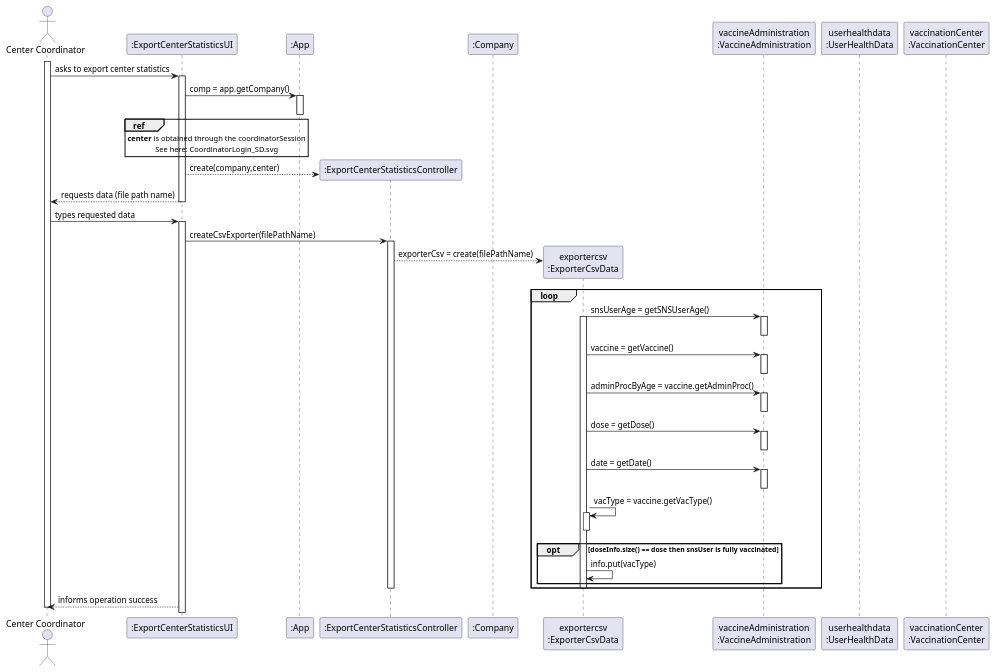
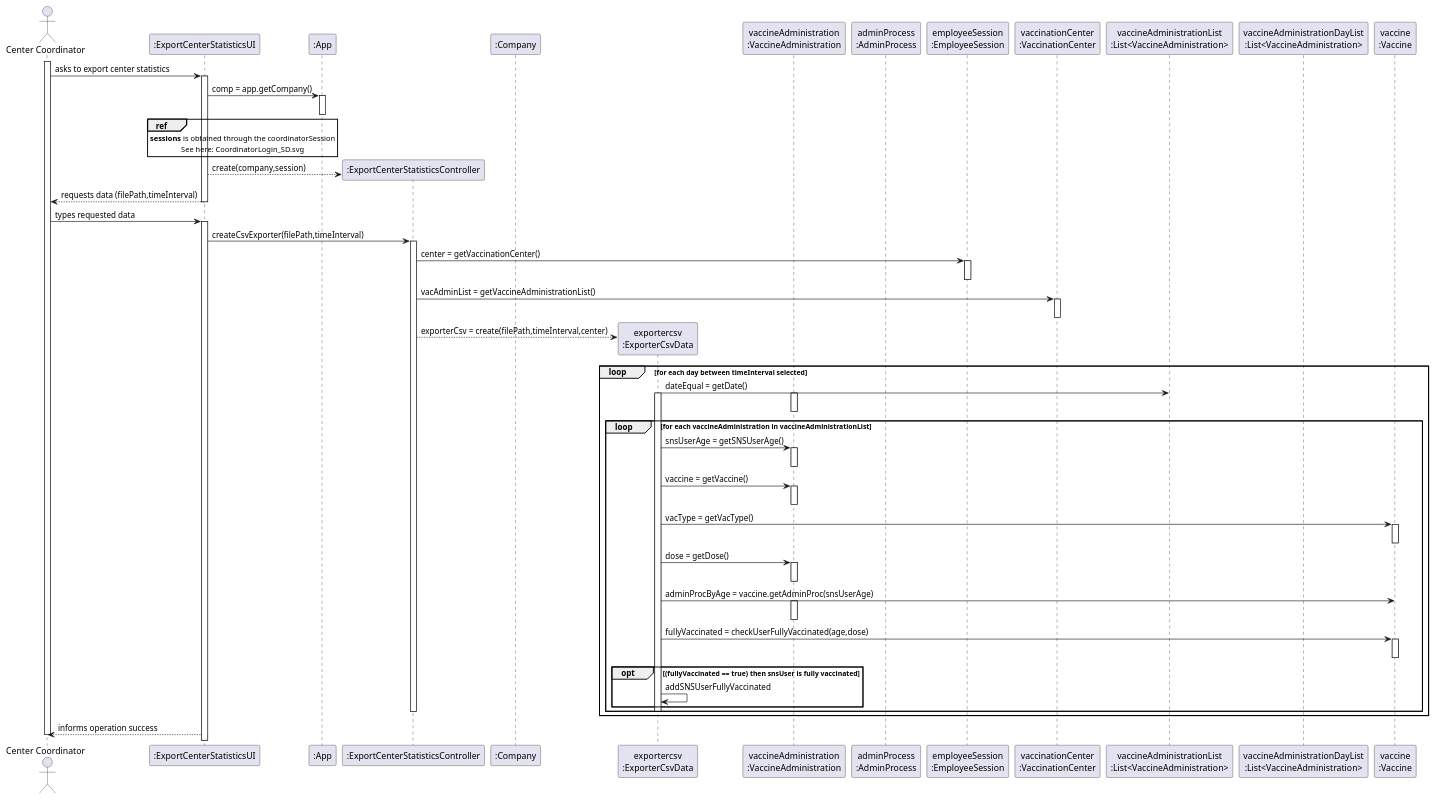
One commit to miseEnPlace-i/lapr2 changed the diagram in docs/SprintD/US15/SD/US15_SD.puml. Above: the diagram before and after it, drawn with PlantUML.

Commit message:
docs(US15): updated SD (added lists, employeeSession)

```diff
--- a/docs/SprintD/US15/SD/US15_SD.puml
+++ b/docs/SprintD/US15/SD/US15_SD.puml
@@ -1,78 +1,98 @@
 @startuml US15_SD
 
 actor "Center Coordinator" as COORDINATOR
 
 participant ":ExportCenterStatisticsUI" as UI
 participant ":App" as APP
 participant ":ExportCenterStatisticsController" as CTRL
 participant ":Company" as COMP
 participant "exportercsv\n:ExporterCsvData" as EXPORTER
 participant "vaccineAdministration\n:VaccineAdministration" as VACADMIN
-participant "userhealthdata\n:UserHealthData" as USERDATA
+participant "adminProcess\n:AdminProcess" as ADMINPROC
+participant "employeeSession\n:EmployeeSession" as EMPLOYEESESSION
 participant "vaccinationCenter\n:VaccinationCenter" as CENTER
-
+participant "vaccineAdministrationList\n:List<VaccineAdministration>" as VACADMINLIST
+participant "vaccineAdministrationDayList\n:List<VaccineAdministration>" as VACDAYLIST
+participant "vaccine\n:Vaccine" as VACCINE
 
 activate COORDINATOR
 COORDINATOR -> UI : asks to export center statistics
 activate UI
 
 UI -> APP : comp = app.getCompany()
 activate APP
 deactivate APP
 
 ref over UI 
-**center** is obtained through the coordinatorSession
+**sessions** is obtained through the coordinatorSession
 See here: CoordinatorLogin_SD.svg
 end ref
-UI --> CTRL** : create(company,center)
 
-UI --> COORDINATOR : requests data (file path name)
+UI --> CTRL** : create(company,session)
+
+UI --> COORDINATOR : requests data (filePath,timeInterval)
 deactivate UI
 
 COORDINATOR -> UI : types requested data
 activate UI
 
-UI -> CTRL : createCsvExporter(filePathName)
+UI -> CTRL : createCsvExporter(filePath,timeInterval)
 activate CTRL
 
-CTRL --> EXPORTER** : exporterCsv = create(filePathName)
+CTRL -> EMPLOYEESESSION : center = getVaccinationCenter()
+activate EMPLOYEESESSION
+deactivate EMPLOYEESESSION
 
-loop 
+CTRL -> CENTER : vacAdminList = getVaccineAdministrationList()
+activate CENTER
+deactivate CENTER
+
+CTRL --> EXPORTER** : exporterCsv = create(filePath,timeInterval,center)
+
+loop for each day between timeInterval selected
+
+EXPORTER -> VACADMINLIST : dateEqual = getDate()
+activate EXPORTER
+activate VACADMIN
+deactivate VACADMIN
+
+loop for each vaccineAdministration in vaccineAdministrationList
+
 EXPORTER -> VACADMIN :  snsUserAge = getSNSUserAge()
-activate EXPORTER
 activate VACADMIN
 deactivate VACADMIN
 
 EXPORTER -> VACADMIN : vaccine = getVaccine()
 activate VACADMIN
 deactivate VACADMIN
 
-EXPORTER -> VACADMIN : adminProcByAge = vaccine.getAdminProc()
-activate VACADMIN
-deactivate VACADMIN
+EXPORTER -> VACCINE : vacType = getVacType()
+activate VACCINE
+deactivate VACCINE
 
 EXPORTER -> VACADMIN : dose = getDose()
 activate VACADMIN
 deactivate VACADMIN
 
-EXPORTER -> VACADMIN : date = getDate()
+EXPORTER -> VACCINE : adminProcByAge = vaccine.getAdminProc(snsUserAge)
 activate VACADMIN
 deactivate VACADMIN
 
-EXPORTER -> EXPORTER : vacType = vaccine.getVacType()
-activate EXPORTER
-deactivate EXPORTER
- 
-opt  doseInfo.size() == dose then snsUser is fully vaccinated 
-EXPORTER -> EXPORTER : info.put(vacType)
+EXPORTER -> VACCINE : fullyVaccinated = checkUserFullyVaccinated(age,dose)
+activate VACCINE
+deactivate VACCINE
+
+opt (fullyVaccinated == true) then snsUser is fully vaccinated 
+EXPORTER -> EXPORTER : addSNSUserFullyVaccinated
 end
 
 deactivate EXPORTER
 deactivate CTRL
+end
 end
 
 UI --> COORDINATOR : informs operation success
 
 deactivate COORDINATOR 
 
 @enduml
```
